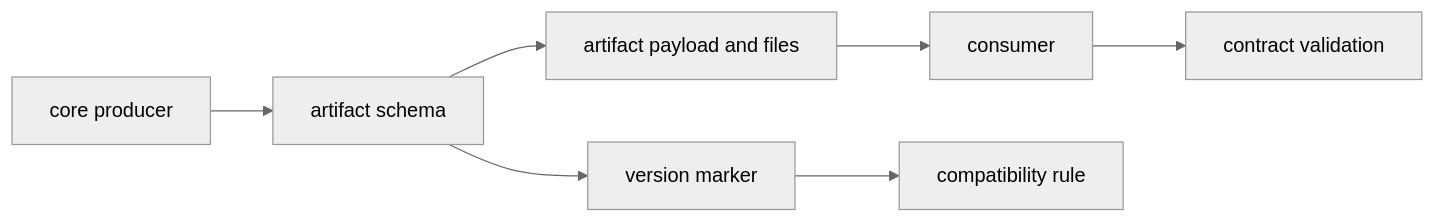
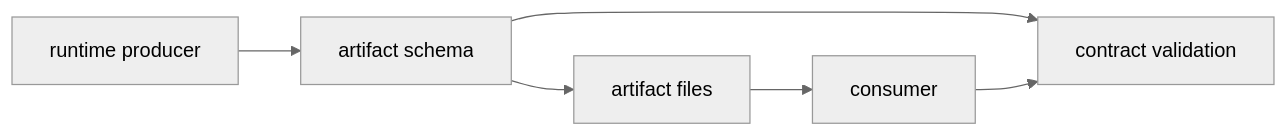
The diagram in docs/bijux-dag/interfaces/artifact-contracts.md (bijux/bijux-cli), drawn with Mermaid (neutral theme) before and after one commit. The commit also changed other lines of this file, not shown here.

Commit message:
docs(dag-interfaces): clarify artifact contracts

````diff
--- a/docs/bijux-dag/interfaces/artifact-contracts.md
+++ b/docs/bijux-dag/interfaces/artifact-contracts.md
@@ -17,9 +20,8 @@
 ```mermaid
 flowchart LR
-    producer[core producer] --> schema[artifact schema]
-    schema --> file[artifact payload and files]
-    file --> consumer[consumer]
-    schema --> version[version marker]
-    version --> compatibility[compatibility rule]
-    consumer --> validation[contract validation]
+    producer["runtime producer"] --> schema["artifact schema"]
+    schema --> file["artifact files"]
+    file --> consumer["consumer"]
+    schema --> validation["contract validation"]
+    consumer --> validation
 ```
````
